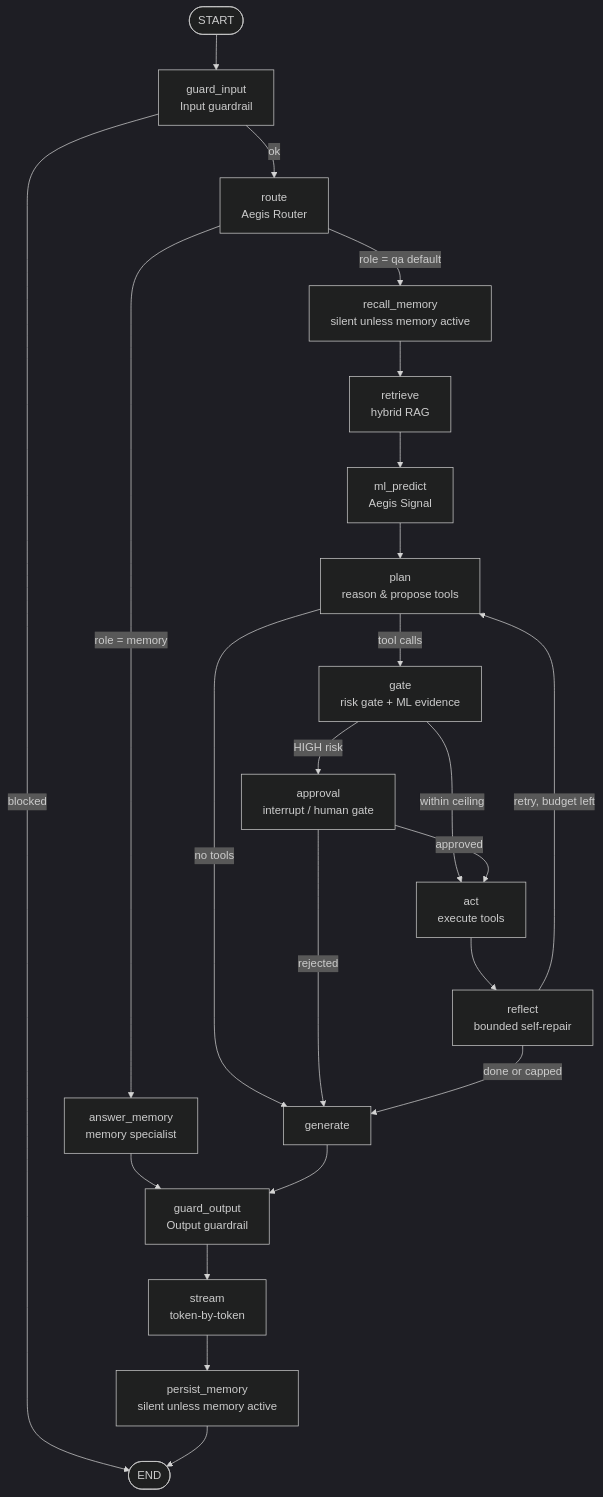
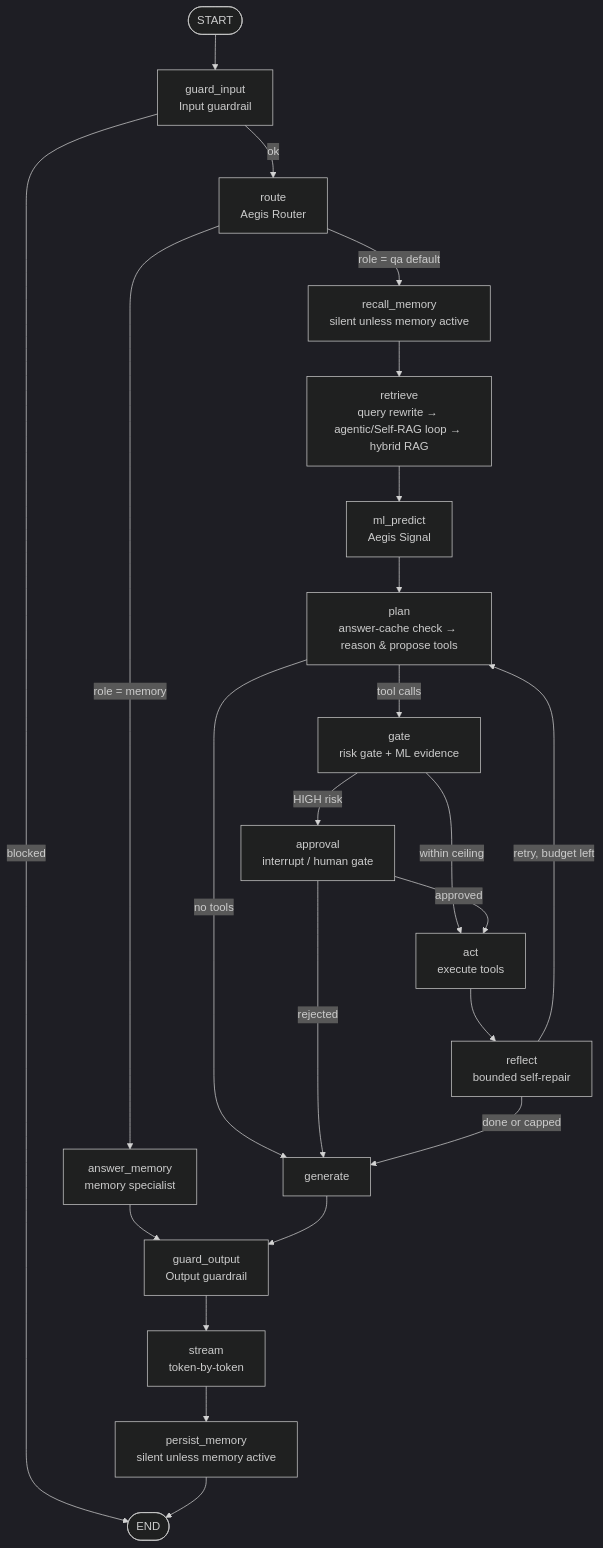
One commit to yrevash/aegis changed the first of 2 diagrams in docs/learn/40-request-flow.md. Above: the diagram before and after it, drawn with Mermaid (dark theme). The commit also changed other lines of this file and 7 other files, not shown here.

````diff
--- a/docs/learn/40-request-flow.md
+++ b/docs/learn/40-request-flow.md
@@ -10,25 +10,25 @@
 ```mermaid
 flowchart TD
     START([START]) --> GI[guard_input<br/>Input guardrail]
     GI -->|blocked| END([END])
     GI -->|ok| RT[route<br/>Aegis Router]
     RT -->|role = memory| AM[answer_memory<br/>memory specialist]
     RT -->|role = qa default| RC[recall_memory<br/>silent unless memory active]
-    RC --> RET[retrieve<br/>hybrid RAG]
+    RC --> RET[retrieve<br/>query rewrite → agentic/Self-RAG loop → hybrid RAG]
     RET --> ML[ml_predict<br/>Aegis Signal]
-    ML --> PL[plan<br/>reason & propose tools]
+    ML --> PL[plan<br/>answer-cache check → reason & propose tools]
     PL -->|tool calls| GT[gate<br/>risk gate + ML evidence]
     PL -->|no tools| GEN[generate]
     GT -->|HIGH risk| AP[approval<br/>interrupt / human gate]
     GT -->|within ceiling| ACT[act<br/>execute tools]
     AP -->|approved| ACT
     AP -->|rejected| GEN
     ACT --> RF[reflect<br/>bounded self-repair]
     RF -->|retry, budget left| PL
     RF -->|done or capped| GEN
     AM --> GO[guard_output]
     GEN --> GO[guard_output<br/>Output guardrail]
     GO --> STR[stream<br/>token-by-token]
     STR --> PM[persist_memory<br/>silent unless memory active]
     PM --> END
 ```
````
